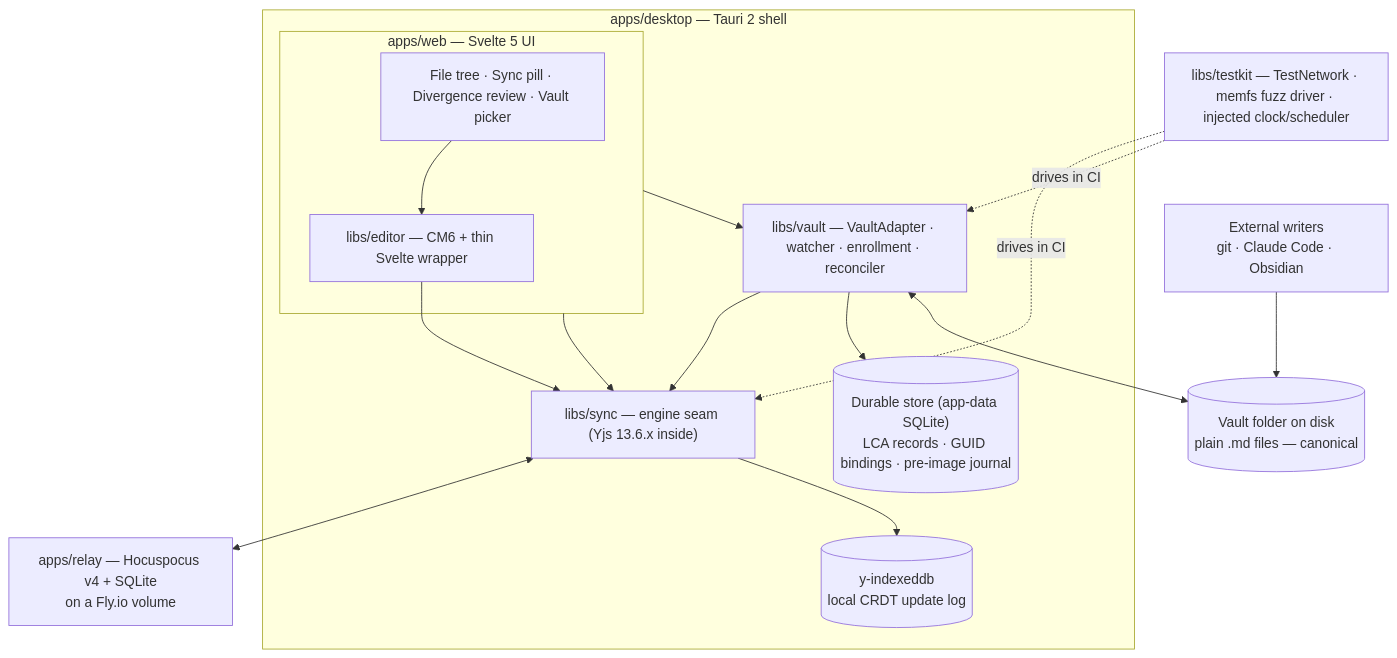
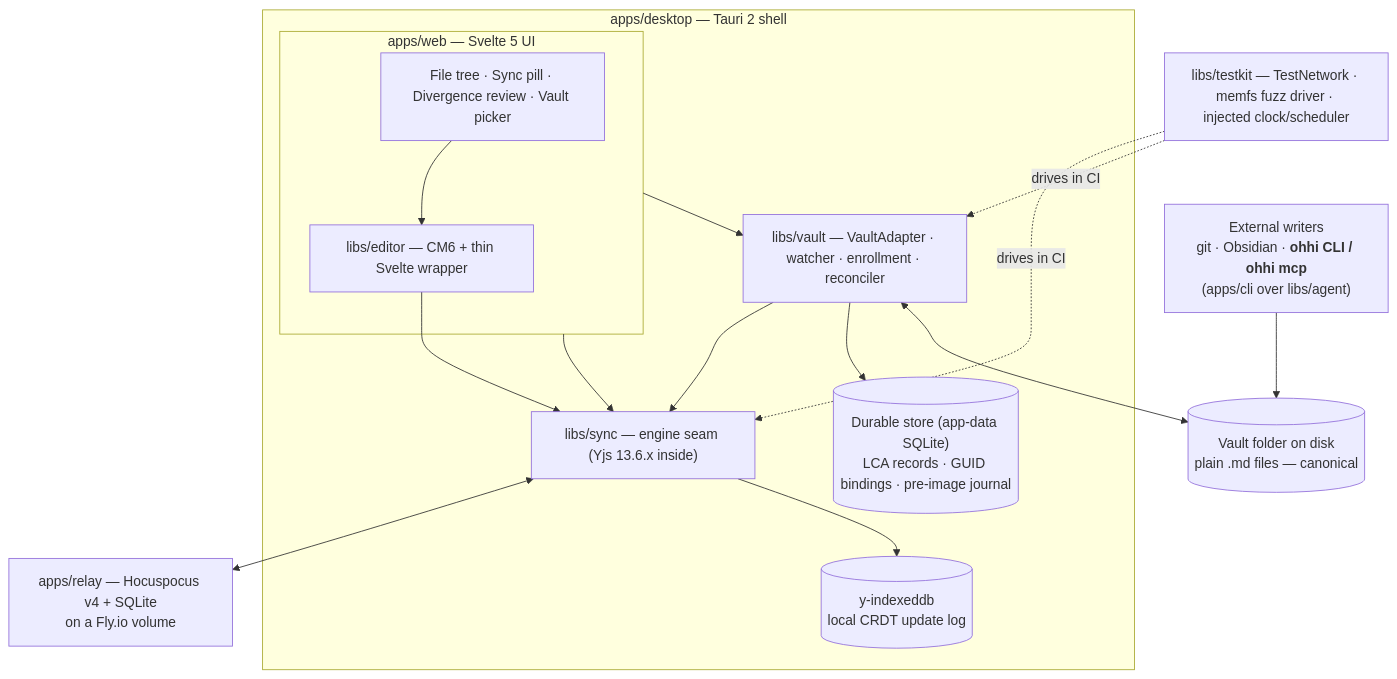
Before and after one commit to codemyriad/ohhi-markdown: the diagram in docs/architecture/overview.md, drawn with Mermaid. The commit also changed other lines of this file and 104 other files, not shown here.

````diff
--- a/docs/architecture/overview.md
+++ b/docs/architecture/overview.md
@@ -20,30 +20,30 @@
 ```mermaid
 flowchart TB
     subgraph desktop["apps/desktop — Tauri 2 shell"]
         subgraph web["apps/web — Svelte 5 UI"]
             ui["File tree · Sync pill · Divergence review · Vault picker"]
             editor["libs/editor — CM6 + thin Svelte wrapper"]
         end
         vault["libs/vault — VaultAdapter · watcher · enrollment · reconciler"]
         sync["libs/sync — engine seam (Yjs 13.6.x inside)"]
         durable[("Durable store (app-data SQLite)<br/>LCA records · GUID bindings · pre-image journal")]
         ydb[("y-indexeddb<br/>local CRDT update log")]
     end
     disk[("Vault folder on disk<br/>plain .md files — canonical")]
     relay["apps/relay — Hocuspocus v4 + SQLite<br/>on a Fly.io volume"]
-    external["External writers<br/>git · Claude Code · Obsidian"]
+    external["External writers<br/>git · Obsidian · <b>ohhi CLI / ohhi mcp</b><br/>(apps/cli over libs/agent)"]
     testkit["libs/testkit — TestNetwork · memfs fuzz driver · injected clock/scheduler"]
 
     ui --> editor
     editor --> sync
     web --> vault
     web --> sync
     vault --> sync
     vault --> durable
     vault <--> disk
     external --> disk
     sync <--> relay
     sync --> ydb
     testkit -. "drives in CI" .-> sync
     testkit -. "drives in CI" .-> vault
 ```
````
